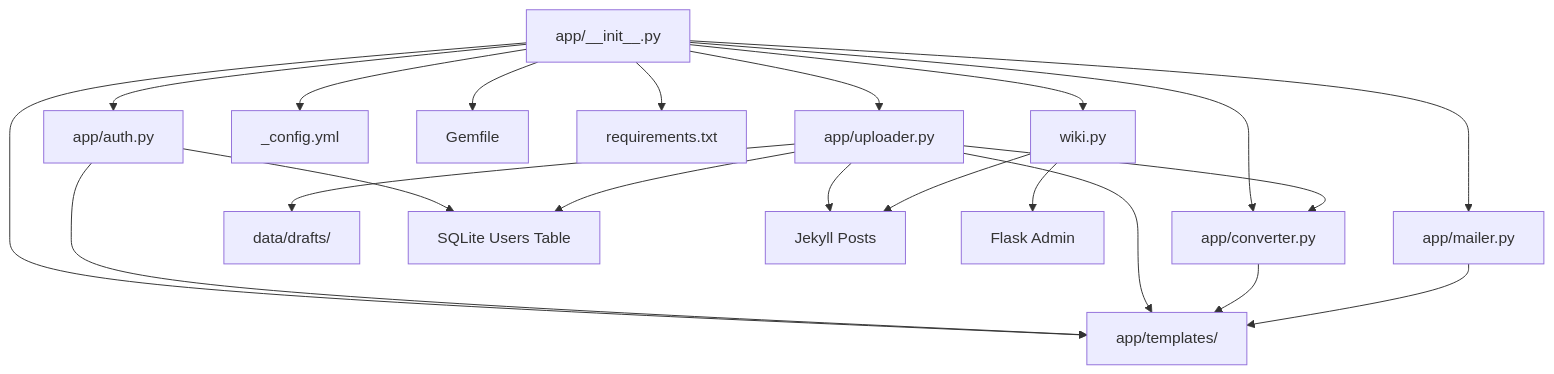
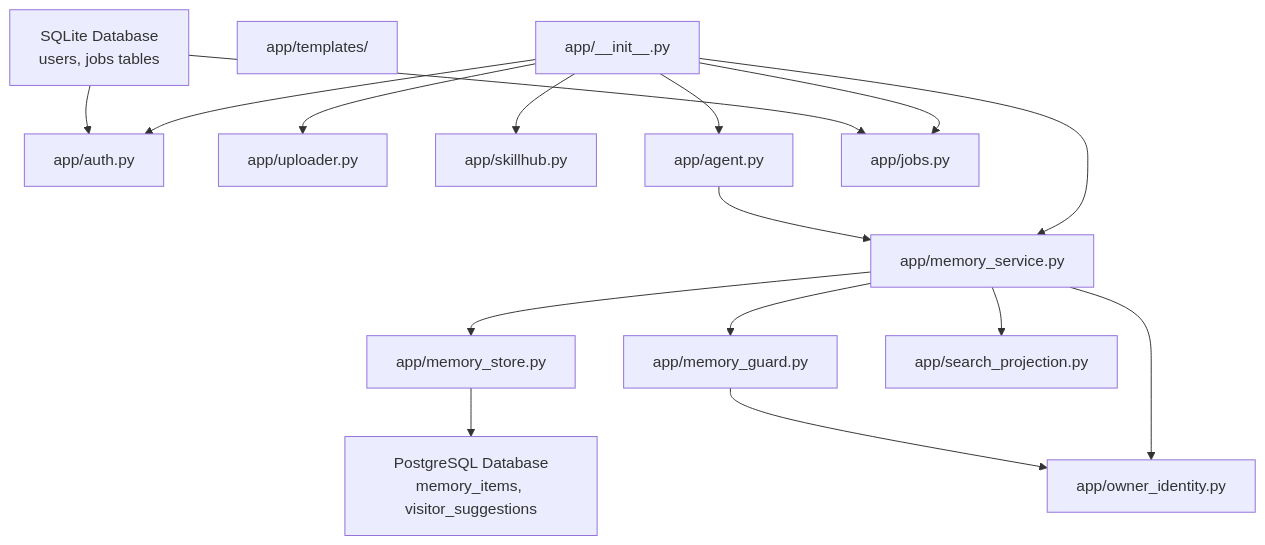
The tenth of 10 diagrams in .qoder/repowiki/en/content/Backend Application/Application Architecture/Application Architecture.md (PolarisW007/PolaZhenJing), drawn with Mermaid before and after one commit. The commit also changed other lines of this file and 333 other files, not shown here.

````diff
--- a/.qoder/repowiki/en/content/Backend Application/Application Architecture/Application Architecture.md
+++ b/.qoder/repowiki/en/content/Backend Application/Application Architecture/Application Architecture.md
@@ -402,34 +382,32 @@
 ```mermaid
 graph TB
 APP["app/__init__.py"]
 AUTH["app/auth.py"]
 UP["app/uploader.py"]
-CONV["app/converter.py"]
-MAIL["app/mailer.py"]
-TPL["app/templates/"]
-CFG["_config.yml"]
-GEM["Gemfile"]
-REQ["requirements.txt"]
-WIKI["wiki.py"]
-DRAFT["data/drafts/"]
+SKILL["app/skillhub.py"]
+AGENT["app/agent.py"]
+MEM_FACADE["app/memory_service.py"]
+PG_STORE["app/memory_store.py"]
+MEM_GUARD["app/memory_guard.py"]
+OID["app/owner_identity.py"]
+SEARCH["app/search_projection.py"]
+JOBS["app/jobs.py"]
+TEMPLATES["app/templates/"]
+DB["SQLite Database<br/>users, jobs tables"]
+PG_DB["PostgreSQL Database<br/>memory_items, visitor_suggestions"]
 APP --> AUTH
 APP --> UP
-APP --> CONV
-APP --> MAIL
-APP --> TPL
-APP --> CFG
-APP --> GEM
-APP --> REQ
-APP --> WIKI
-AUTH --> DB["SQLite Users Table"]
-UP --> DB
-UP --> DRAFT
-UP --> CONV
-UP --> JEKYLL["Jekyll Posts"]
-AUTH --> TPL
-UP --> TPL
-CONV --> TPL
-MAIL --> TPL
-WIKI --> JEKYLL
-WIKI --> FLASK["Flask Admin"]
+APP --> SKILL
+APP --> AGENT
+APP --> MEM_FACADE
+APP --> JOBS
+AGENT --> MEM_FACADE
+MEM_FACADE --> PG_STORE
+MEM_FACADE --> MEM_GUARD
+MEM_FACADE --> OID
+MEM_FACADE --> SEARCH
+MEM_GUARD --> OID
+PG_STORE --> PG_DB
+DB --> AUTH
+DB --> JOBS
 ```
````
